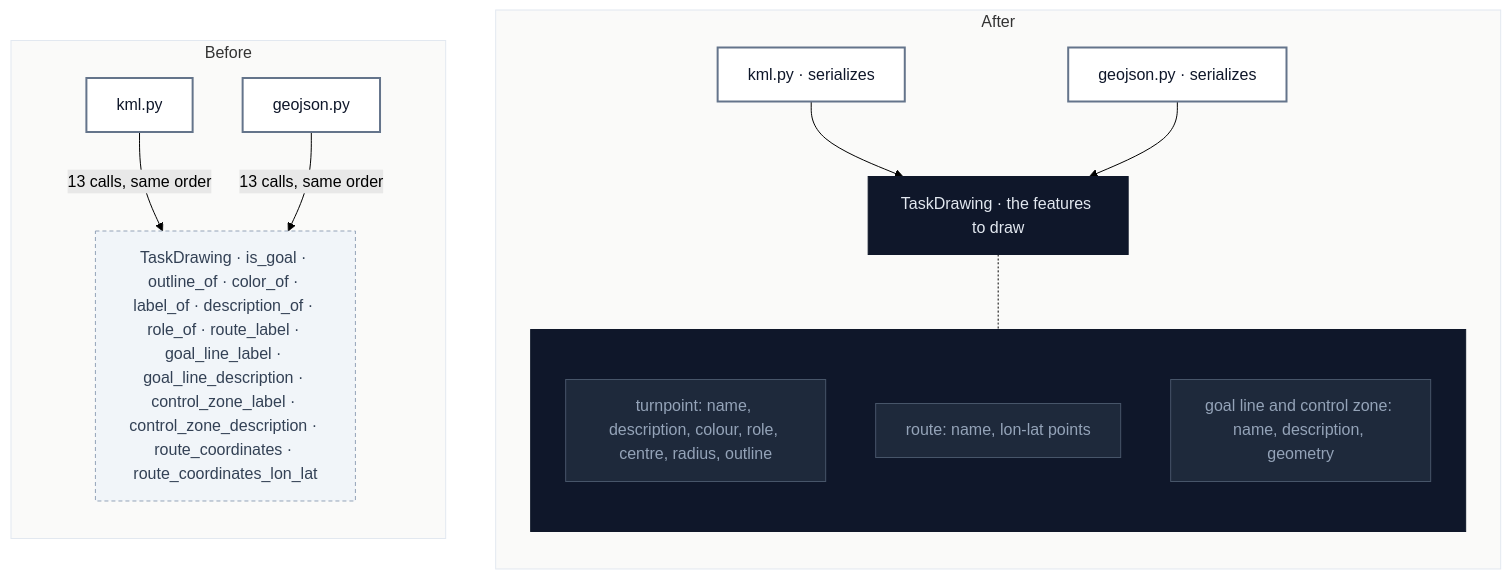
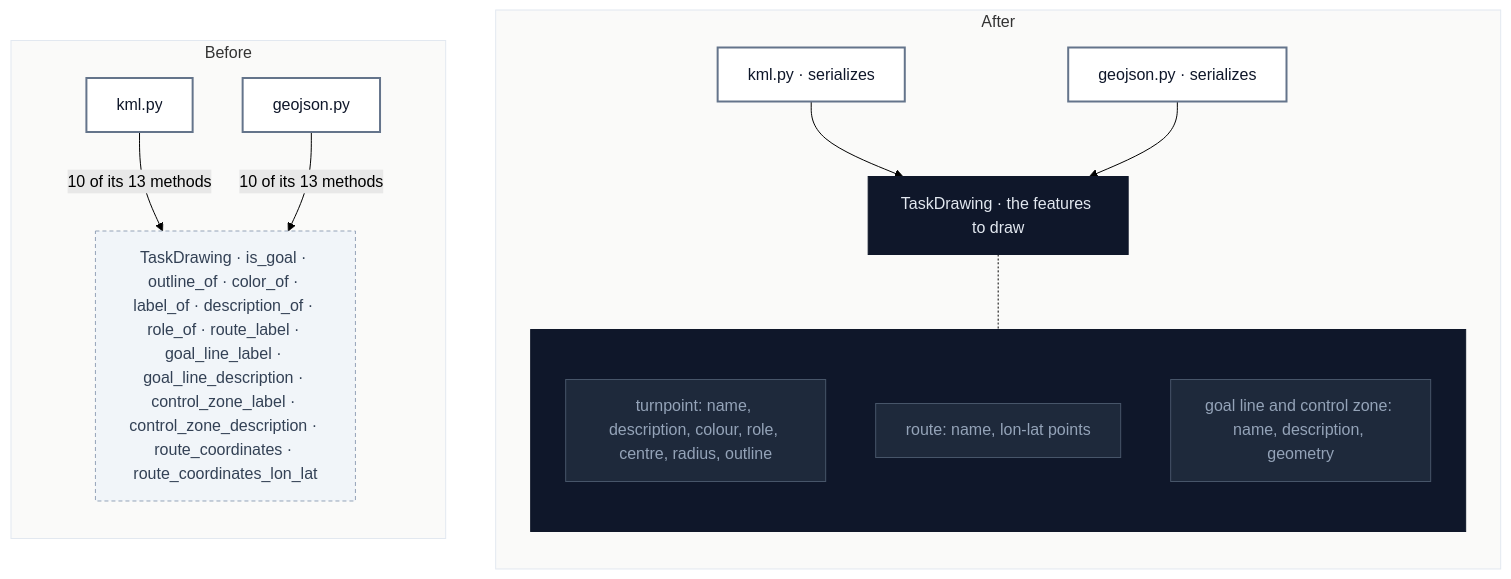
One commit to simonsteiner/pyxctsk changed the diagram in docs/arch-review/2026-11-23-json-and-drawing/C2-drawing-features.md. Above: the diagram before and after it, drawn with Mermaid (forest theme). The commit also changed other lines of this file and 1 other file, not shown here.

Commit message:
docs(arch-review): correct three counts the review got wrong
- S3: qrcode/image.py had ten type: ignores, not eleven
- C2: 75% and 80% are the shares of kml.py's and geojson.py's commits that also touch common.py, not the reverse; each writer calls 10 of TaskDrawing's 13 methods, not 13
- C2: route_coordinates is a helper of route_coordinates_lon_lat, used outside it only by tests

````diff
--- a/docs/arch-review/2026-11-23-json-and-drawing/C2-drawing-features.md
+++ b/docs/arch-review/2026-11-23-json-and-drawing/C2-drawing-features.md
@@ -9,32 +9,32 @@
 ```mermaid
 flowchart LR
   subgraph before["Before"]
     direction TB
     K1["kml.py"]:::module
     G1["geojson.py"]:::module
     T1["TaskDrawing · is_goal · outline_of · color_of · label_of · description_of · role_of · route_label · goal_line_label · goal_line_description · control_zone_label · control_zone_description · route_coordinates · route_coordinates_lon_lat"]:::shallow
-    K1 -- "13 calls, same order" --> T1
-    G1 -- "13 calls, same order" --> T1
+    K1 -- "10 of its 13 methods" --> T1
+    G1 -- "10 of its 13 methods" --> T1
   end
   subgraph after["After"]
     direction TB
     K2["kml.py · serializes"]:::module --> F2["TaskDrawing · the features to draw"]:::deep
     G2["geojson.py · serializes"]:::module --> F2
     subgraph inside[" "]
       direction TB
       A2["turnpoint: name, description, colour, role, centre, radius, outline"]:::faded
       B2["route: name, lon-lat points"]:::faded
       C2["goal line and control zone: name, description, geometry"]:::faded
     end
     F2 -.- inside
   end
   before ~~~ after
   classDef module fill:#ffffff,stroke:#64748b,stroke-width:2px,color:#0f172a
   classDef shallow fill:#f1f5f9,stroke:#94a3b8,stroke-dasharray:4 3,color:#334155
   classDef deep fill:#0f172a,stroke:#0f172a,color:#e2e8f0
   classDef faded fill:#1e293b,stroke:#475569,color:#94a3b8
   classDef leak fill:#fef2f2,stroke:#dc2626,stroke-width:2px,color:#991b1b
   style inside fill:#0f172a,stroke:#0f172a
   style before fill:#fafaf9,stroke:#e2e8f0
   style after fill:#fafaf9,stroke:#e2e8f0
 ```
````
